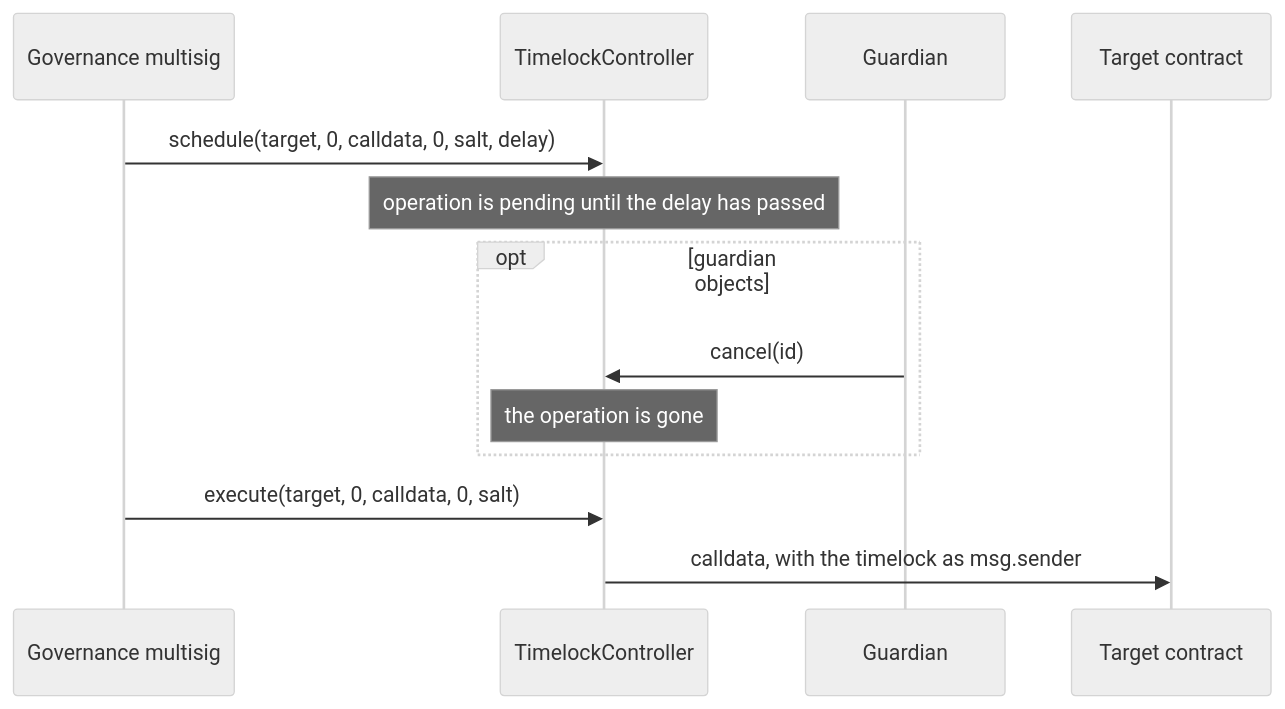
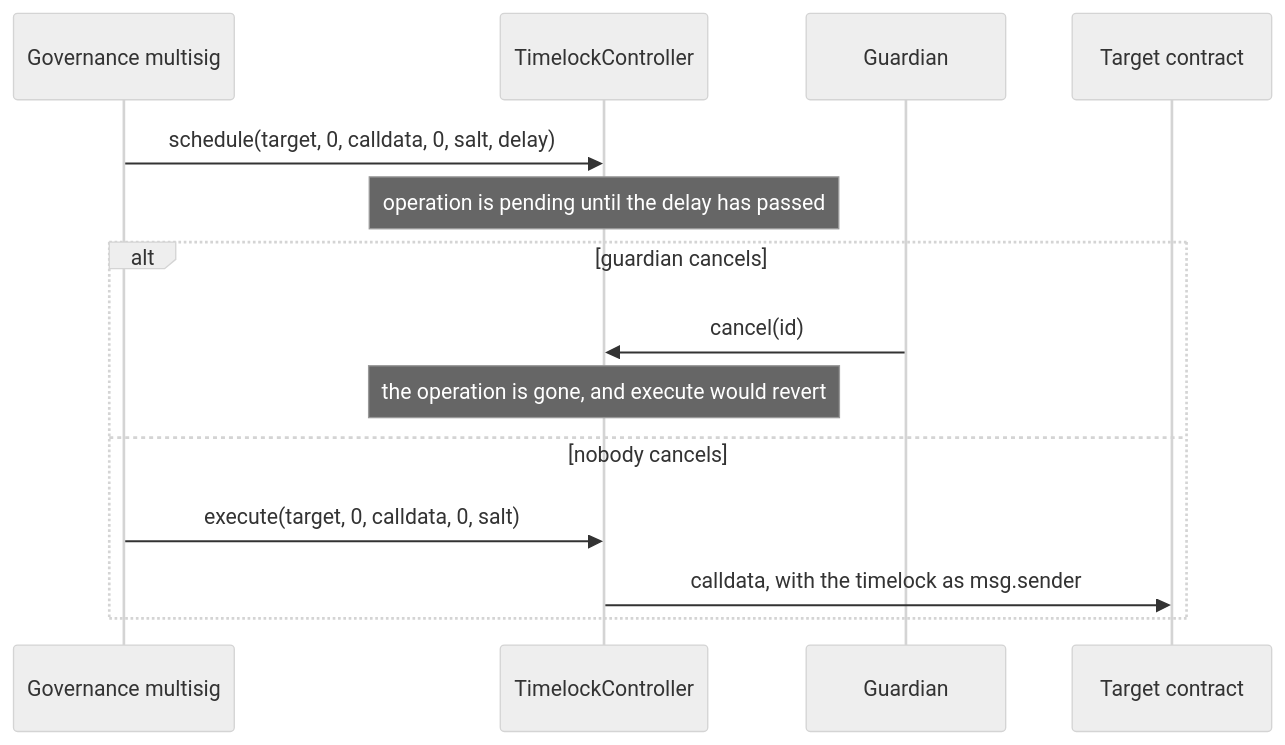
One commit to fepvenancio/rwa-token changed the first of 4 diagrams in docs/governance-and-deployment.md. Above: the diagram before and after it, drawn with Mermaid (neutral theme). The commit also changed other lines of this file and 7 other files, not shown here.

````diff
--- a/docs/governance-and-deployment.md
+++ b/docs/governance-and-deployment.md
@@ -19,15 +19,16 @@
 ```mermaid
 sequenceDiagram
   participant Gov as Governance multisig
   participant TL as TimelockController
   participant G as Guardian
   participant X as Target contract
   Gov->>TL: schedule(target, 0, calldata, 0, salt, delay)
   Note over TL: operation is pending until the delay has passed
-  opt guardian objects
+  alt guardian cancels
     G->>TL: cancel(id)
-    Note over TL: the operation is gone
+    Note over TL: the operation is gone, and execute would revert
+  else nobody cancels
+    Gov->>TL: execute(target, 0, calldata, 0, salt)
+    TL->>X: calldata, with the timelock as msg.sender
   end
-  Gov->>TL: execute(target, 0, calldata, 0, salt)
-  TL->>X: calldata, with the timelock as msg.sender
 ```
````
